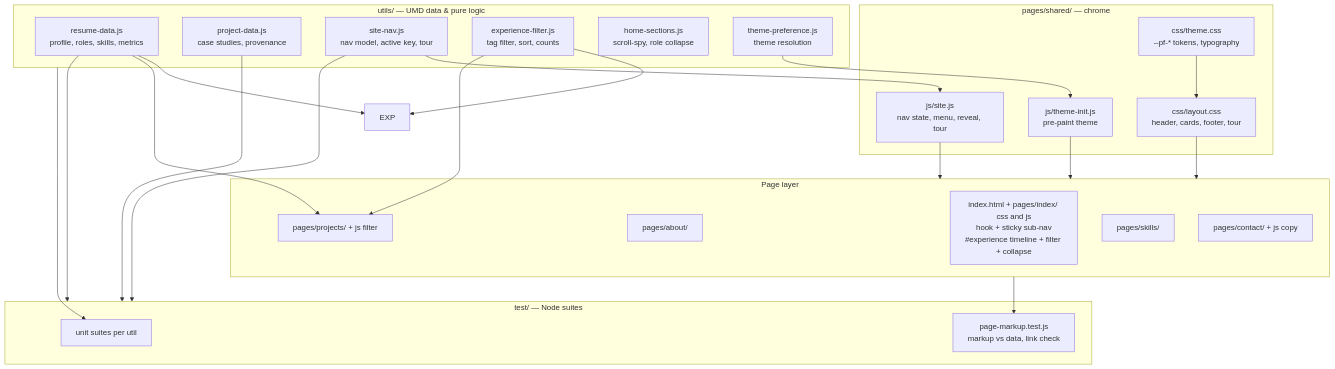
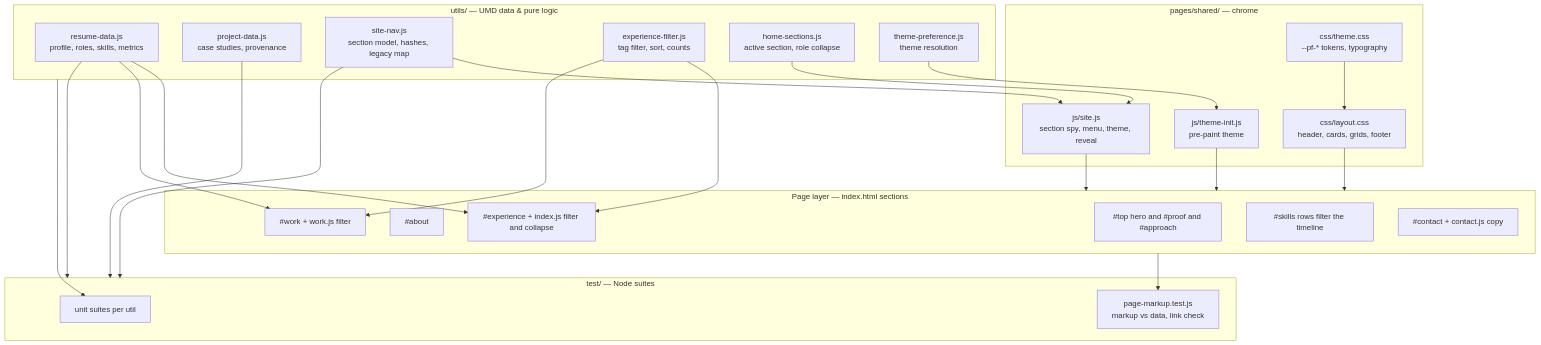
The first of 2 diagrams in docs/architecture.md (Jamieatucker/portfolio), drawn with Mermaid before and after one commit. The commit also changed other lines of this file and 10 other files, not shown here.

First line of the commit message:
Document the single-page architecture

````diff
--- a/docs/architecture.md
+++ b/docs/architecture.md
@@ -22,47 +23,49 @@
 ```mermaid
 flowchart TD
     subgraph Data["utils/ — UMD data & pure logic"]
         RD[resume-data.js<br/>profile, roles, skills, metrics]
         PD[project-data.js<br/>case studies, provenance]
-        SN[site-nav.js<br/>nav model, active key, tour]
+        SN[site-nav.js<br/>section model, hashes, legacy map]
         EF[experience-filter.js<br/>tag filter, sort, counts]
-        HSX[home-sections.js<br/>scroll-spy, role collapse]
+        HSX[home-sections.js<br/>active section, role collapse]
         TP[theme-preference.js<br/>theme resolution]
     end
 
     subgraph Shared["pages/shared/ — chrome"]
         TH[css/theme.css<br/>--pf-* tokens, typography]
-        LO[css/layout.css<br/>header, cards, footer, tour]
+        LO[css/layout.css<br/>header, cards, grids, footer]
         TI[js/theme-init.js<br/>pre-paint theme]
-        ST[js/site.js<br/>nav state, menu, reveal, tour]
+        ST[js/site.js<br/>section spy, menu, theme, reveal]
     end
 
-    subgraph Pages["Page layer"]
-        HOME[index.html + pages/index/ css and js<br/>hook + sticky sub-nav<br/>#experience timeline + filter + collapse]
-        ABOUT[pages/about/]
-        PROJ[pages/projects/ + js filter]
-        SKILL[pages/skills/]
-        CONTACT[pages/contact/ + js copy]
+    subgraph Pages["Page layer — index.html sections"]
+        HOME[#top hero and #proof and #approach]
+        ABOUT[#about]
+        PROJ[#work + work.js filter]
+        EXPS[#experience + index.js filter and collapse]
+        SKILL[#skills rows filter the timeline]
+        CONTACT[#contact + contact.js copy]
     end
 
     subgraph Verify["test/ — Node suites"]
         UT[unit suites per util]
         MK[page-markup.test.js<br/>markup vs data, link check]
     end
 
     TP --> TI
     SN --> ST
     TH --> LO
     LO --> Pages
     TI --> Pages
     ST --> Pages
-    RD --> EXP
+    RD --> EXPS
     RD --> PROJ
-    EF --> EXP
+    EF --> EXPS
     EF --> PROJ
+    HSX --> ST
     PD --> Verify
     RD --> Verify
     SN --> Verify
     Pages --> MK
     Data --> UT
 ```
````
